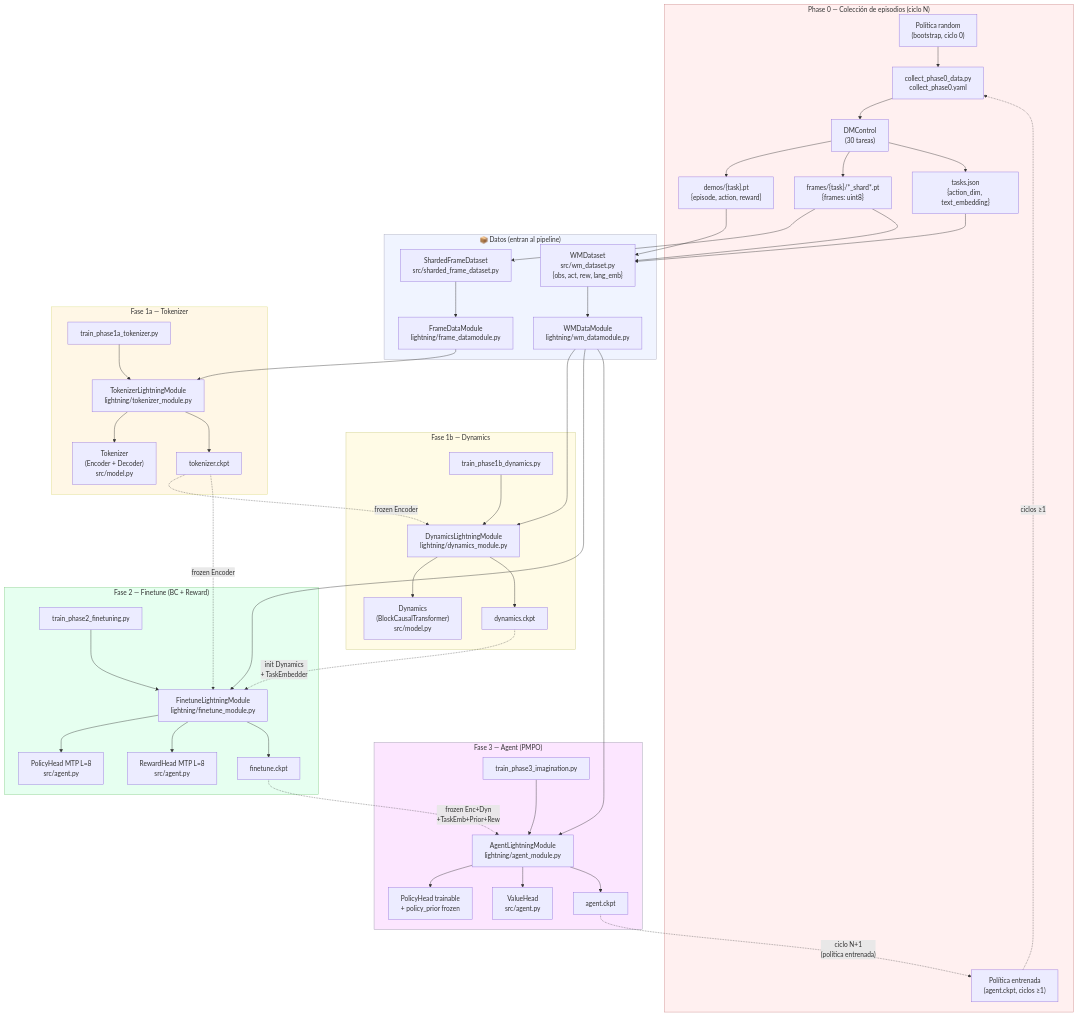
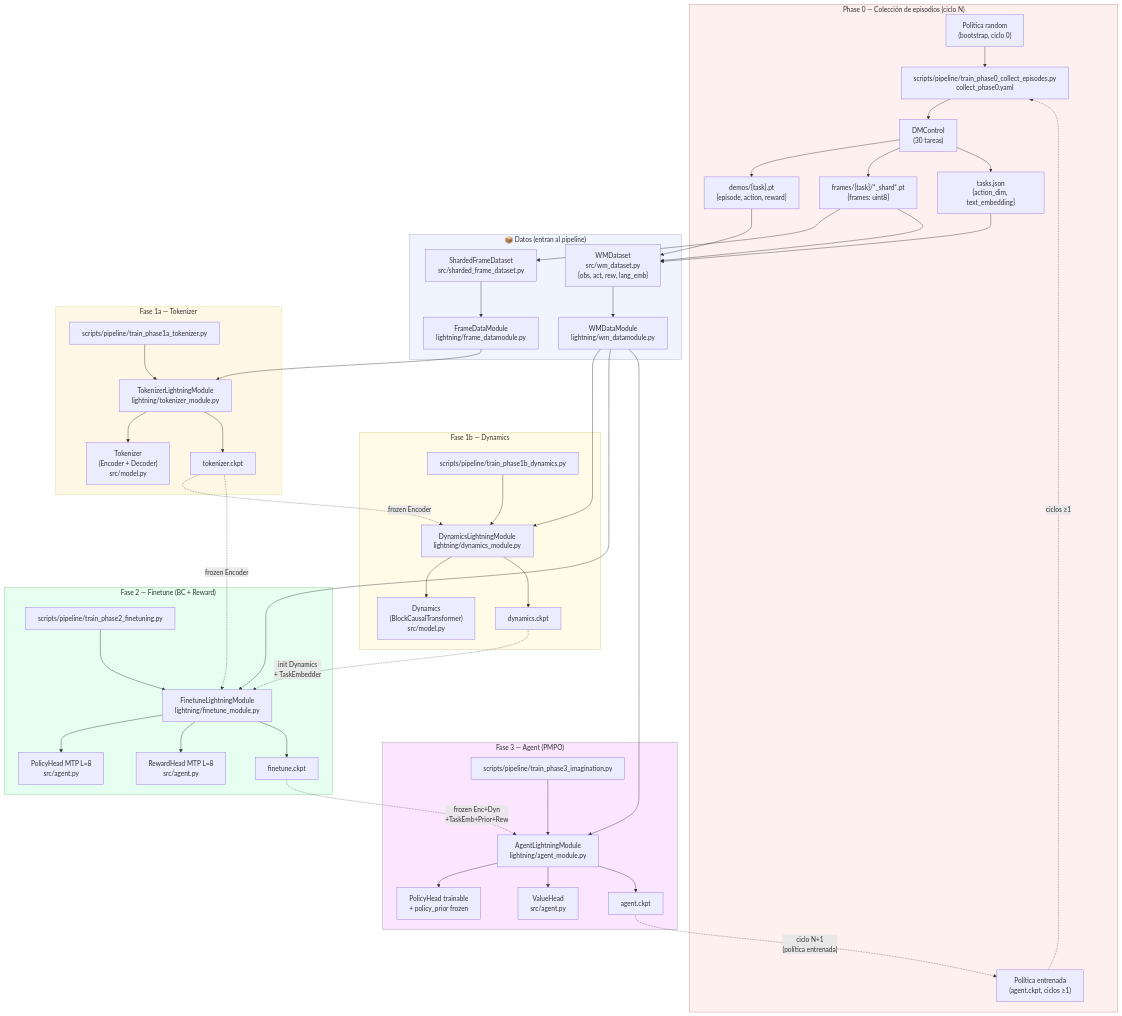
Before and after one commit to GonzaloFuentes1/dreamer4: the first of 3 diagrams in docs/architecture.md, drawn with Mermaid. The commit also changed 108 other files, not shown here.

Commit message:
Add full pipeline refactor: Lightning modules, dynamics fixes, new configs

````diff
--- a/docs/architecture.md
+++ b/docs/architecture.md
@@ -9,7 +9,7 @@
 ```mermaid
 flowchart TD
     subgraph P0["Phase 0 — Colección de episodios (ciclo N)"]
-        COL["collect_phase0_data.py\ncollect_phase0.yaml"]
+        COL["scripts/pipeline/train_phase0_collect_episodes.py\ncollect_phase0.yaml"]
         ENV["DMControl\n(30 tareas)"]
         RPOL["Política random\n(bootstrap, ciclo 0)"]
         APOL["Política entrenada\n(agent.ckpt, ciclos ≥1)"]
@@ -36,7 +36,7 @@
     end
 
     subgraph P1A["Fase 1a — Tokenizer"]
-        TT["train_phase1a_tokenizer.py"]
+        TT["scripts/pipeline/train_phase1a_tokenizer.py"]
         TLM["TokenizerLightningModule\nlightning/tokenizer_module.py"]
         TOK["Tokenizer\n(Encoder + Decoder)\nsrc/model.py"]
         FDM --> TLM
@@ -45,7 +45,7 @@
     end
 
     subgraph P1B["Fase 1b — Dynamics"]
-        TD["train_phase1b_dynamics.py"]
+        TD["scripts/pipeline/train_phase1b_dynamics.py"]
         DLM["DynamicsLightningModule\nlightning/dynamics_module.py"]
         DYN["Dynamics\n(BlockCausalTransformer)\nsrc/model.py"]
         TCKPT -. "frozen Encoder" .-> DLM
@@ -55,7 +55,7 @@
     end
 
     subgraph P2["Fase 2 — Finetune (BC + Reward)"]
-        TF["train_phase2_finetuning.py"]
+        TF["scripts/pipeline/train_phase2_finetuning.py"]
         FLM["FinetuneLightningModule\nlightning/finetune_module.py"]
         PH2["PolicyHead  MTP L=8\nsrc/agent.py"]
         RH["RewardHead  MTP L=8\nsrc/agent.py"]
@@ -69,7 +69,7 @@
     end
 
     subgraph P3["Fase 3 — Agent (PMPO)"]
-        TA["train_phase3_imagination.py"]
+        TA["scripts/pipeline/train_phase3_imagination.py"]
         ALM["AgentLightningModule\nlightning/agent_module.py"]
         PH3["PolicyHead trainable\n+ policy_prior frozen"]
         VH["ValueHead\nsrc/agent.py"]
````
